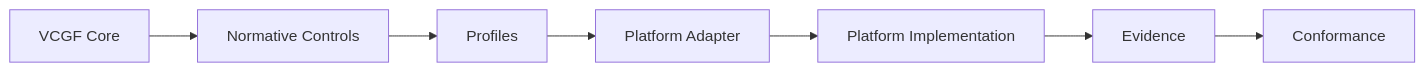
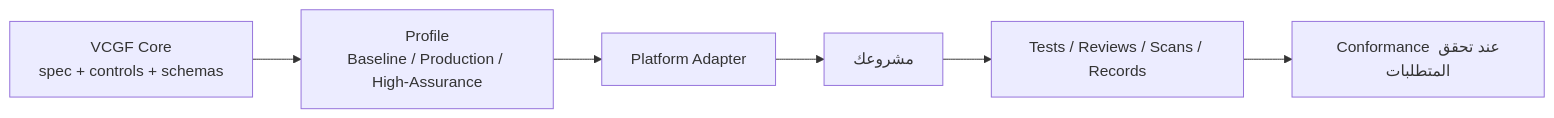
The second of 2 diagrams in README.ar.md (Vibe-Coding-Commons/VCGF), drawn with Mermaid before and after one commit. The commit also changed other lines of this file and 30 other files, not shown here.

````diff
--- a/README.ar.md
+++ b/README.ar.md
@@ -18,4 +381,10 @@
 ```mermaid
 flowchart LR
-  A[VCGF Core] --> B[Normative Controls] --> C[Profiles] --> D[Platform Adapter] --> E[Platform Implementation] --> F[Evidence] --> G[Conformance]
+  CORE[VCGF Core
+spec + controls + schemas] --> PROFILE[Profile
+Baseline / Production / High-Assurance]
+  PROFILE --> ADAPTER[Platform Adapter]
+  ADAPTER --> PROJECT[مشروعك]
+  PROJECT --> EVIDENCE[Tests / Reviews / Scans / Records]
+  EVIDENCE --> CONFORMANCE[Conformance عند تحقق المتطلبات]
 ```
````
